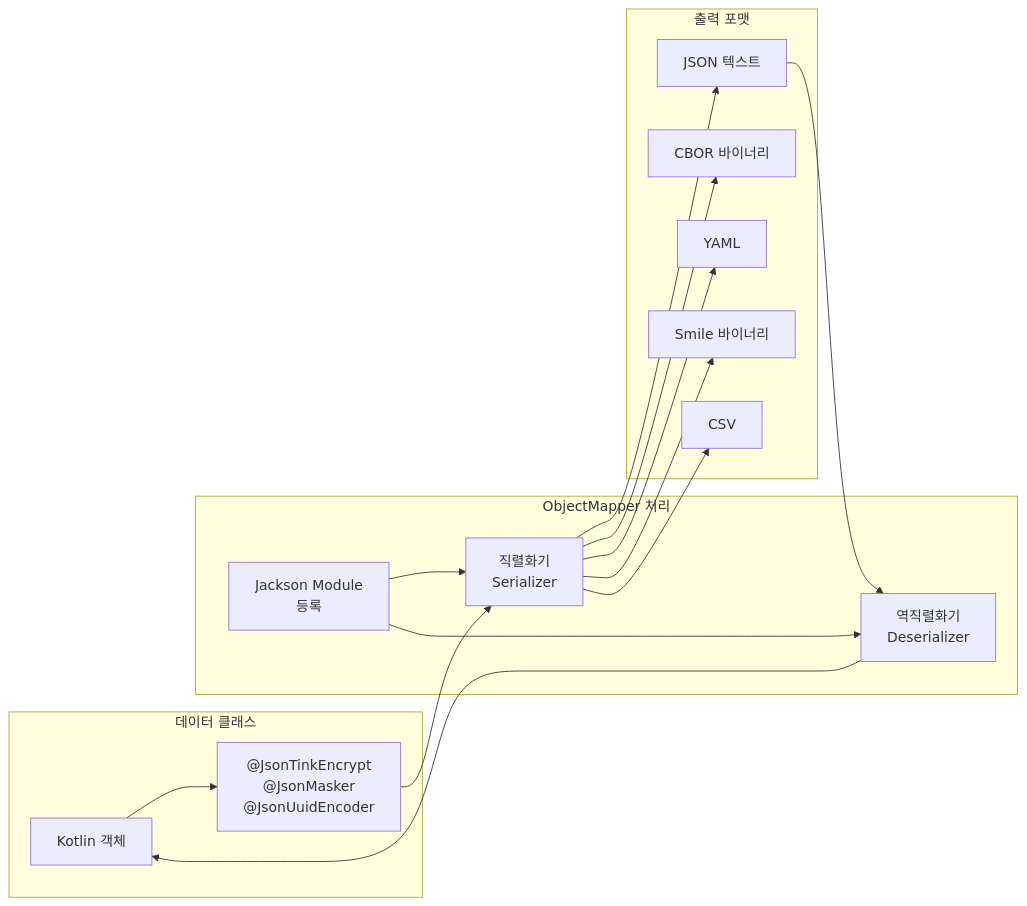
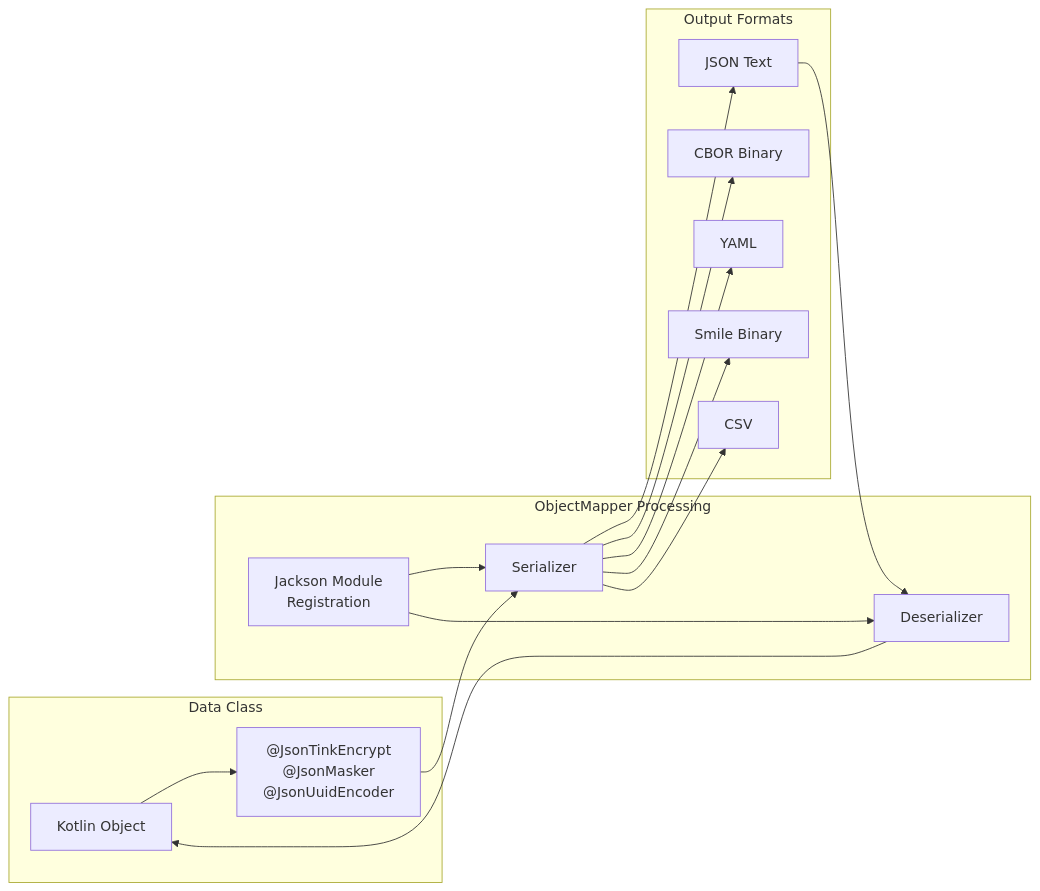
Before and after one commit to bluetape4k/bluetape4k-projects: the second of 3 diagrams in io/jackson2/README.md, drawn with Mermaid. The commit also changed other lines of this file and 265 other files, not shown here.

````diff
--- a/io/jackson2/README.md
+++ b/io/jackson2/README.md
@@ -352,32 +354,32 @@
 ```mermaid
 flowchart LR
-    subgraph 데이터 클래스
-        OBJ[Kotlin 객체]
+    subgraph DataClass["Data Class"]
+        OBJ[Kotlin Object]
         ANN["@JsonTinkEncrypt<br/>@JsonMasker<br/>@JsonUuidEncoder"]
     end
 
-    subgraph ObjectMapper["ObjectMapper 처리"]
-        SER[직렬화기<br/>Serializer]
-        DES[역직렬화기<br/>Deserializer]
-        MOD[Jackson Module<br/>등록]
+    subgraph ObjectMapper["ObjectMapper Processing"]
+        SER[Serializer]
+        DES[Deserializer]
+        MOD[Jackson Module<br/>Registration]
     end
 
-    subgraph 출력 포맷
-        JSON[JSON 텍스트]
-        CBOR[CBOR 바이너리]
+    subgraph OutputFormats["Output Formats"]
+        JSON[JSON Text]
+        CBOR[CBOR Binary]
         YAML[YAML]
-        SMILE[Smile 바이너리]
+        SMILE[Smile Binary]
         CSV_FMT[CSV]
     end
 
     OBJ --> ANN
     ANN --> SER
     MOD --> SER
     MOD --> DES
     SER --> JSON
     SER --> CBOR
     SER --> YAML
     SER --> SMILE
     SER --> CSV_FMT
     JSON --> DES --> OBJ
 ```
````
